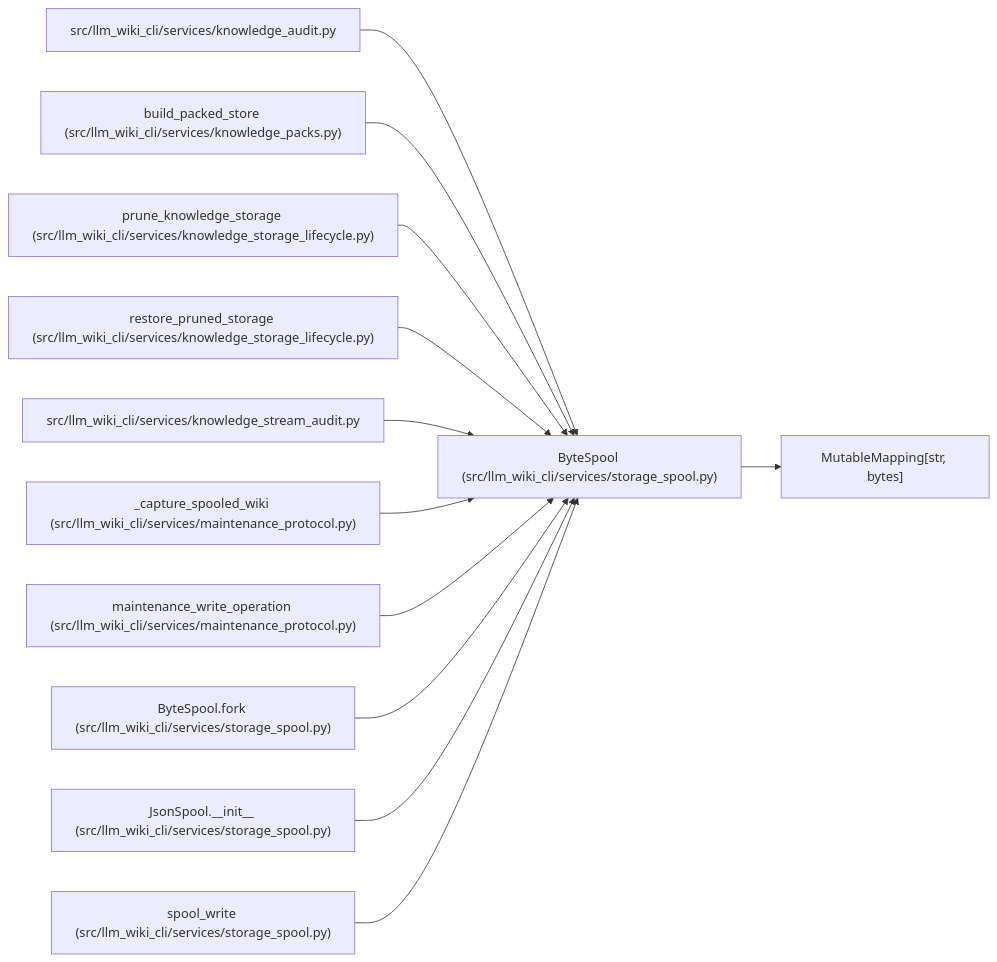
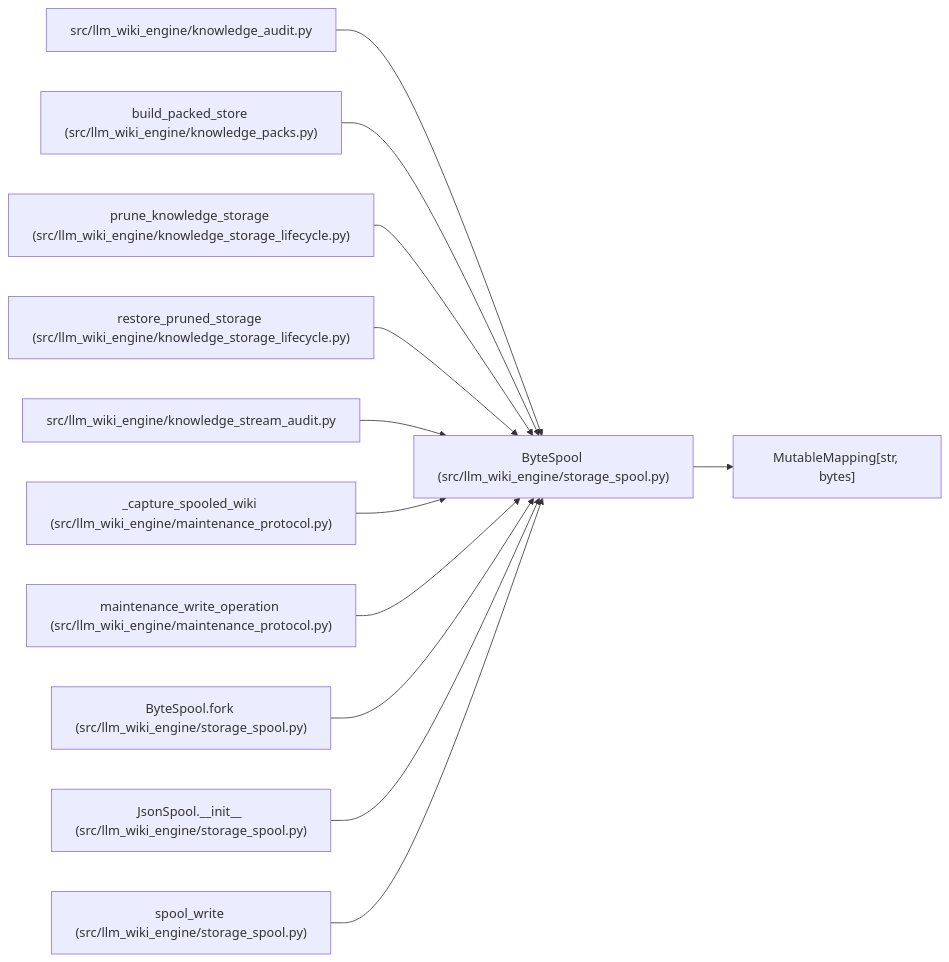
One commit to Denissvgn/python-wiki-llm changed the diagram in docs/llm_wiki/entities/ByteSpool.md. Above: the diagram before and after it, drawn with Mermaid. The commit also changed other lines of this file and 1058 other files, not shown here.

First line of the commit message:
docs: refresh the wiki for the knowledge store move

````diff
--- a/docs/llm_wiki/entities/ByteSpool.md
+++ b/docs/llm_wiki/entities/ByteSpool.md
@@ -36,37 +36,37 @@
 ```mermaid
 flowchart LR
-    n0["ByteSpool (src/llm_wiki_cli/services/storage_spool.py)"]
+    n0["ByteSpool (src/llm_wiki_engine/storage_spool.py)"]
     n1["MutableMapping[str, bytes]"]
-    n2["src/llm_wiki_cli/services/knowledge_audit.py"]
-    n3["build_packed_store (src/llm_wiki_cli/services/knowledge_packs.py)"]
-    n4["prune_knowledge_storage (src/llm_wiki_cli/services/knowledge_storage_lifecycle.py)"]
-    n5["restore_pruned_storage (src/llm_wiki_cli/services/knowledge_storage_lifecycle.py)"]
-    n6["src/llm_wiki_cli/services/knowledge_stream_audit.py"]
-    n7["_capture_spooled_wiki (src/llm_wiki_cli/services/maintenance_protocol.py)"]
-    n8["maintenance_write_operation (src/llm_wiki_cli/services/maintenance_protocol.py)"]
-    n9["ByteSpool.fork (src/llm_wiki_cli/services/storage_spool.py)"]
-    n10["JsonSpool.__init__ (src/llm_wiki_cli/services/storage_spool.py)"]
-    n11["spool_write (src/llm_wiki_cli/services/storage_spool.py)"]
+    n2["src/llm_wiki_engine/knowledge_audit.py"]
+    n3["build_packed_store (src/llm_wiki_engine/knowledge_packs.py)"]
+    n4["prune_knowledge_storage (src/llm_wiki_engine/knowledge_storage_lifecycle.py)"]
+    n5["restore_pruned_storage (src/llm_wiki_engine/knowledge_storage_lifecycle.py)"]
+    n6["src/llm_wiki_engine/knowledge_stream_audit.py"]
+    n7["_capture_spooled_wiki (src/llm_wiki_engine/maintenance_protocol.py)"]
+    n8["maintenance_write_operation (src/llm_wiki_engine/maintenance_protocol.py)"]
+    n9["ByteSpool.fork (src/llm_wiki_engine/storage_spool.py)"]
+    n10["JsonSpool.__init__ (src/llm_wiki_engine/storage_spool.py)"]
+    n11["spool_write (src/llm_wiki_engine/storage_spool.py)"]
     n0 --> n1
     n2 --> n0
     n3 --> n0
     n4 --> n0
     n5 --> n0
     n6 --> n0
     n7 --> n0
     n8 --> n0
     n9 --> n0
     n10 --> n0
     n11 --> n0
     click n0 "../modules/storage_spool.md"
     click n2 "../modules/knowledge_audit.md"
     click n3 "../modules/knowledge_packs.md"
     click n4 "../modules/knowledge_storage_lifecycle.md"
     click n5 "../modules/knowledge_storage_lifecycle.md"
     click n6 "../modules/knowledge_stream_audit.md"
     click n7 "../modules/maintenance_protocol.md"
     click n8 "../modules/maintenance_protocol.md"
     click n9 "../modules/storage_spool.md"
     click n10 "../modules/storage_spool.md"
     click n11 "../modules/storage_spool.md"
 ```
````
